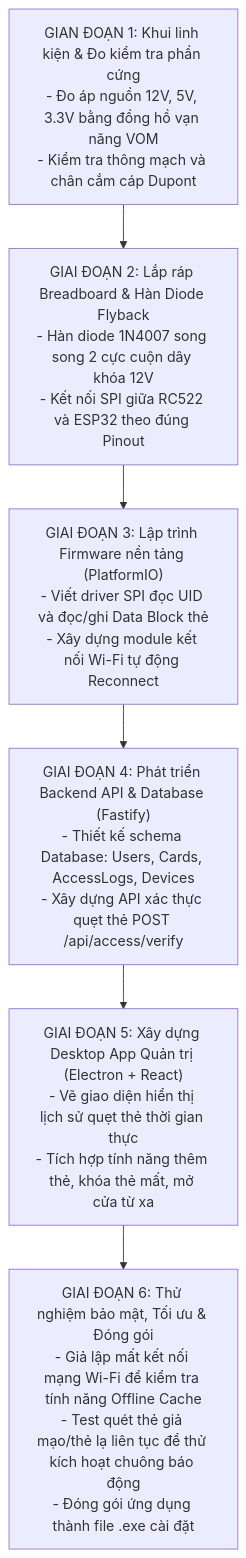
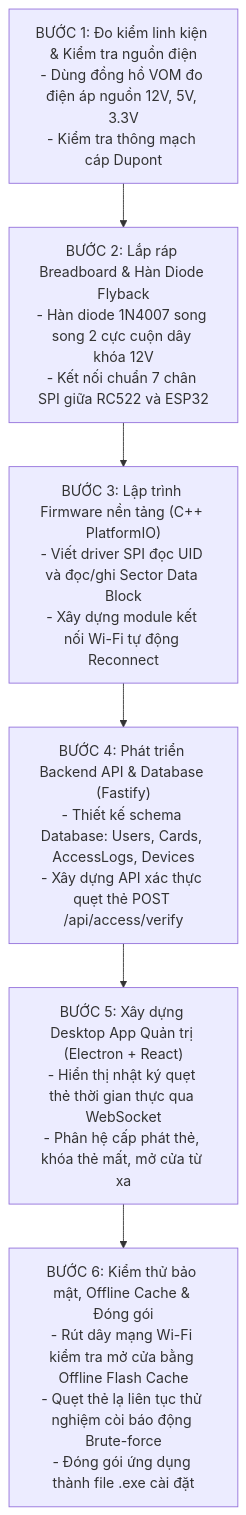
The third of 5 diagrams in docs/SO_DO_KY_THUAT_VA_LY_THUYET.md (NguyenHoangUy1305/iot-rfid-access-control), drawn with Mermaid before and after one commit. The commit also changed other lines of this file and 1 other file, not shown here.

Commit message:
docs: expand technical roadmaps, hardware schematics, and theoretical foundations with maximal engineering depth

````diff
--- a/docs/SO_DO_KY_THUAT_VA_LY_THUYET.md
+++ b/docs/SO_DO_KY_THUAT_VA_LY_THUYET.md
@@ -283,11 +377,11 @@
 ```mermaid
 flowchart TD
-    Step1["GIAN ĐOẠN 1: Khui linh kiện & Đo kiểm tra phần cứng<br/>- Đo áp nguồn 12V, 5V, 3.3V bằng đồng hồ vạn năng VOM<br/>- Kiểm tra thông mạch và chân cắm cáp Dupont"]
-    Step2["GIAI ĐOẠN 2: Lắp ráp Breadboard & Hàn Diode Flyback<br/>- Hàn diode 1N4007 song song 2 cực cuộn dây khóa 12V<br/>- Kết nối SPI giữa RC522 và ESP32 theo đúng Pinout"]
-    Step3["GIAI ĐOẠN 3: Lập trình Firmware nền tảng (PlatformIO)<br/>- Viết driver SPI đọc UID và đọc/ghi Data Block thẻ<br/>- Xây dựng module kết nối Wi-Fi tự động Reconnect"]
-    Step4["GIAI ĐOẠN 4: Phát triển Backend API & Database (Fastify)<br/>- Thiết kế schema Database: Users, Cards, AccessLogs, Devices<br/>- Xây dựng API xác thực quẹt thẻ POST /api/access/verify"]
-    Step5["GIAI ĐOẠN 5: Xây dựng Desktop App Quản trị (Electron + React)<br/>- Vẽ giao diện hiển thị lịch sử quẹt thẻ thời gian thực<br/>- Tích hợp tính năng thêm thẻ, khóa thẻ mất, mở cửa từ xa"]
-    Step6["GIAI ĐOẠN 6: Thử nghiệm bảo mật, Tối ưu & Đóng gói<br/>- Giả lập mất kết nối mạng Wi-Fi để kiểm tra tính năng Offline Cache<br/>- Test quét thẻ giả mạo/thẻ lạ liên tục để thử kích hoạt chuông báo động<br/>- Đóng gói ứng dụng thành file .exe cài đặt"]
+    Step1["BƯỚC 1: Đo kiểm linh kiện & Kiểm tra nguồn điện<br/>- Dùng đồng hồ VOM đo điện áp nguồn 12V, 5V, 3.3V<br/>- Kiểm tra thông mạch cáp Dupont"]
+    Step2["BƯỚC 2: Lắp ráp Breadboard & Hàn Diode Flyback<br/>- Hàn diode 1N4007 song song 2 cực cuộn dây khóa 12V<br/>- Kết nối chuẩn 7 chân SPI giữa RC522 và ESP32"]
+    Step3["BƯỚC 3: Lập trình Firmware nền tảng (C++ PlatformIO)<br/>- Viết driver SPI đọc UID và đọc/ghi Sector Data Block<br/>- Xây dựng module kết nối Wi-Fi tự động Reconnect"]
+    Step4["BƯỚC 4: Phát triển Backend API & Database (Fastify)<br/>- Thiết kế schema Database: Users, Cards, AccessLogs, Devices<br/>- Xây dựng API xác thực quẹt thẻ POST /api/access/verify"]
+    Step5["BƯỚC 5: Xây dựng Desktop App Quản trị (Electron + React)<br/>- Hiển thị nhật ký quẹt thẻ thời gian thực qua WebSocket<br/>- Phân hệ cấp phát thẻ, khóa thẻ mất, mở cửa từ xa"]
+    Step6["BƯỚC 6: Kiểm thử bảo mật, Offline Cache & Đóng gói<br/>- Rút dây mạng Wi-Fi kiểm tra mở cửa bằng Offline Flash Cache<br/>- Quẹt thẻ lạ liên tục thử nghiệm còi báo động Brute-force<br/>- Đóng gói ứng dụng thành file .exe cài đặt"]
 
     Step1 --> Step2 --> Step3 --> Step4 --> Step5 --> Step6
 ```
````
